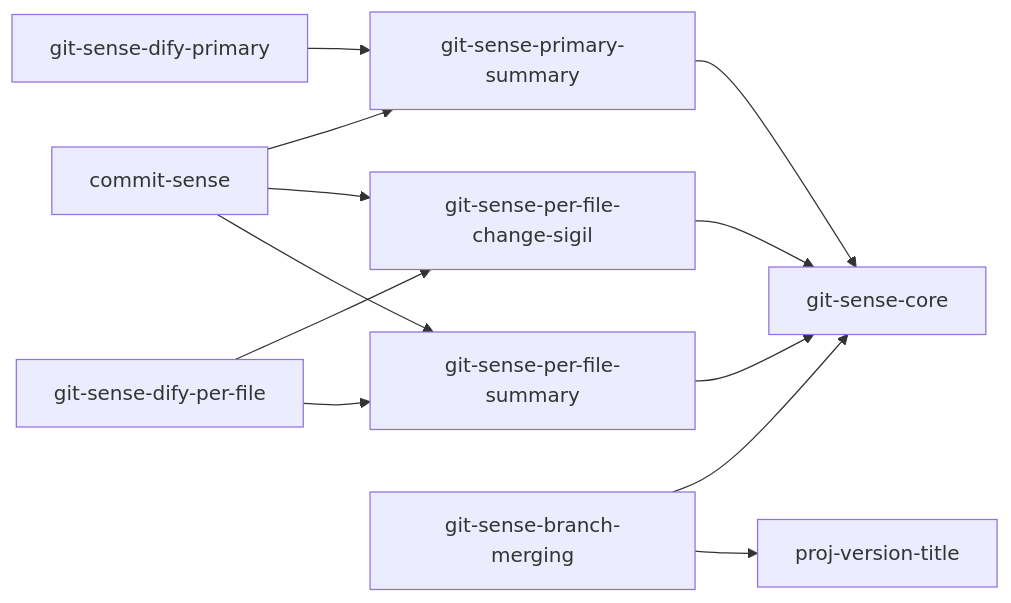
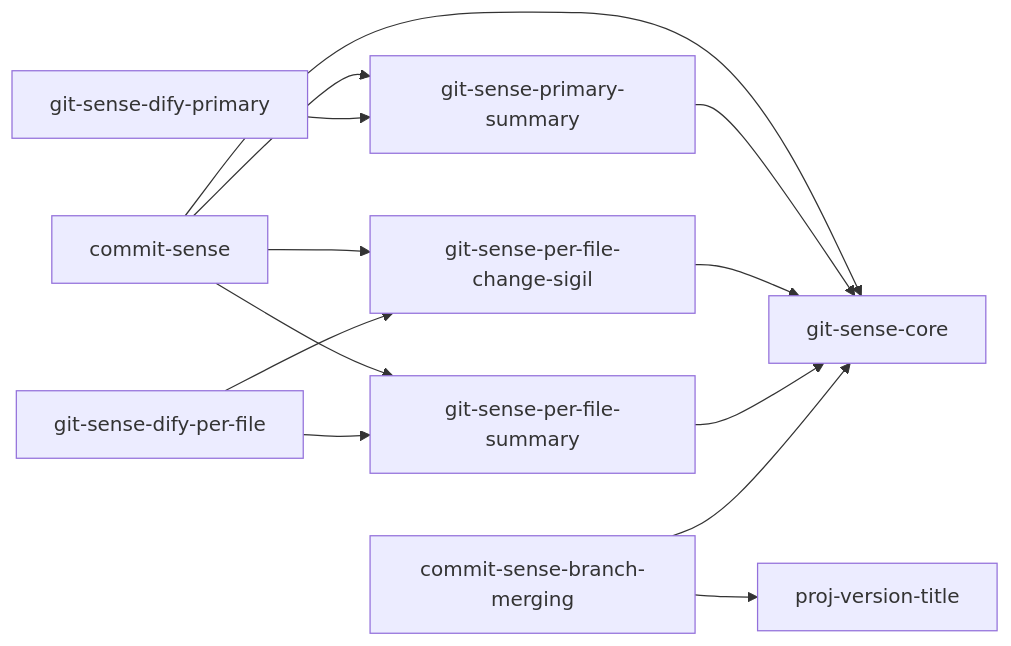
One commit to kami-lel/kaye-library changed the third of 7 diagrams in docs/blueprint-doc.md. Above: the diagram before and after it, drawn with Mermaid. The commit also changed other lines of this file and 4 other files, not shown here.

First line of the commit message:
export commit-sense-branch-merging skill; rework merge prompt

````diff
--- a/docs/blueprint-doc.md
+++ b/docs/blueprint-doc.md
@@ -76,14 +76,15 @@
 ```mermaid
 flowchart LR
-    commit_sense["commit-sense"] --> git_sense_primary_summary["git-sense-primary-summary"]
+    commit_sense["commit-sense"] --> git_sense_core["git-sense-core"]
+    commit_sense --> git_sense_primary_summary["git-sense-primary-summary"]
     commit_sense --> git_sense_per_file_change_sigil["git-sense-per-file-change-sigil"]
     commit_sense --> git_sense_per_file_summary["git-sense-per-file-summary"]
-    git_sense_primary_summary --> git_sense_core["git-sense-core"]
+    git_sense_primary_summary --> git_sense_core
     git_sense_per_file_change_sigil --> git_sense_core
     git_sense_per_file_summary --> git_sense_core
-    git_sense_branch_merging["git-sense-branch-merging"] --> git_sense_core
-    git_sense_branch_merging --> proj_version_title["proj-version-title"]
+    commit_sense_branch_merging["commit-sense-branch-merging"] --> git_sense_core
+    commit_sense_branch_merging --> proj_version_title["proj-version-title"]
     git_sense_dify_primary["git-sense-dify-primary"] --> git_sense_primary_summary
     git_sense_dify_per_file["git-sense-dify-per-file"] --> git_sense_per_file_change_sigil
     git_sense_dify_per_file --> git_sense_per_file_summary
 ```
````
